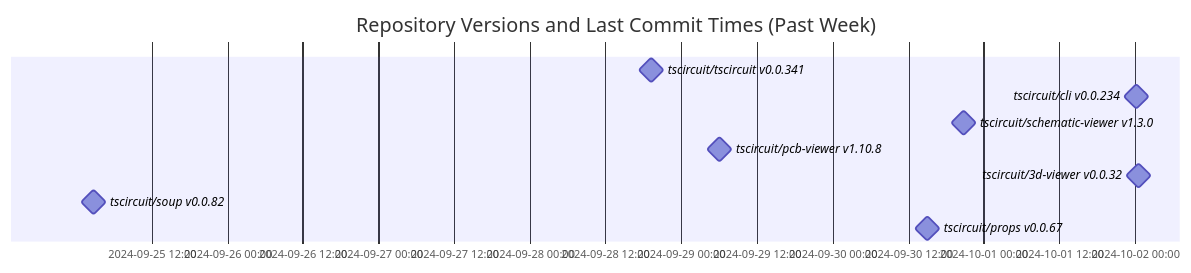
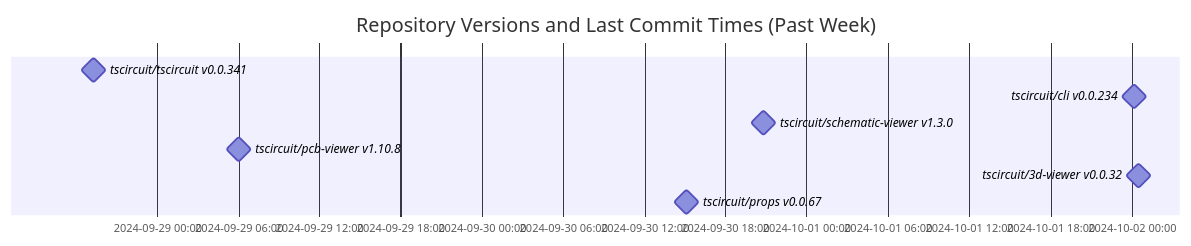
One commit to tscircuit/version-tracker changed the diagram in README.md. Above: the diagram before and after it, drawn with Mermaid.

Commit message:
Update chart

````diff
--- a/README.md
+++ b/README.md
@@ -1,14 +1,13 @@
 ```mermaid
 gantt
   dateFormat  YYYY-MM-DD HH:mm:ss
   title Repository Versions and Last Commit Times (Past Week)
   axisFormat %Y-%m-%d %H:%M
 
   tscircuit/tscircuit v0.0.341 : milestone, 2024-09-28 19:18:49, 1s
   tscircuit/cli v0.0.234 : milestone, 2024-10-02 00:10:41, 1s
   tscircuit/schematic-viewer v1.3.0 : milestone, 2024-09-30 20:50:04, 1s
   tscircuit/pcb-viewer v1.10.8 : milestone, 2024-09-29 06:04:46, 1s
   tscircuit/3d-viewer v0.0.32 : milestone, 2024-10-02 00:30:55, 1s
-  tscircuit/soup v0.0.82 : milestone, 2024-09-25 02:48:20, 1s
   tscircuit/props v0.0.67 : milestone, 2024-09-30 15:06:17, 1s
 ```
````
